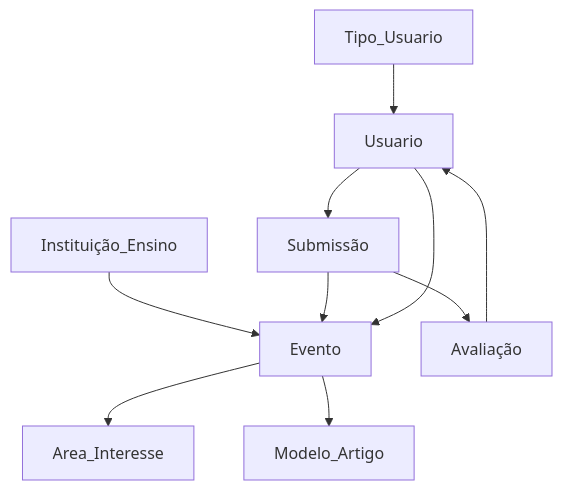
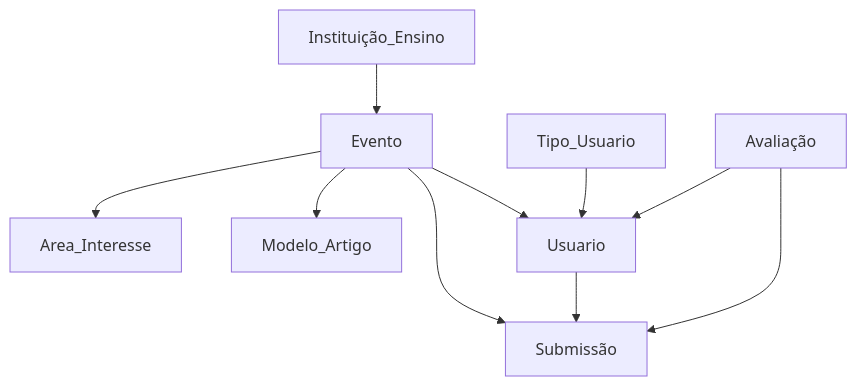
One commit to vanessacezarn/3_Semestre changed the diagram in Projeto de Banco de Dados/aula_05 24_03.md. Above: the diagram before and after it, drawn with Mermaid.

Commit message:
Update aula_05 24_03.md

````diff
--- a/Projeto de Banco de Dados/aula_05 24_03.md
+++ b/Projeto de Banco de Dados/aula_05 24_03.md
@@ -45,13 +45,14 @@
 ```mermaid
 graph TD;
     Instituição_Ensino-->Evento;
     Evento --> Area_Interesse;
     Evento --> Modelo_Artigo;
+    Evento --> Submissão;
+    Evento --> Usuario
     Tipo_Usuario --> Usuario;
     Usuario --> Submissão;
-    Submissão --> Evento;
-    Submissão --> Avaliação
+    Avaliação --> Submissão
     Avaliação --> Usuario;
-    Usuario --> Evento
+    
     
 ```
````
